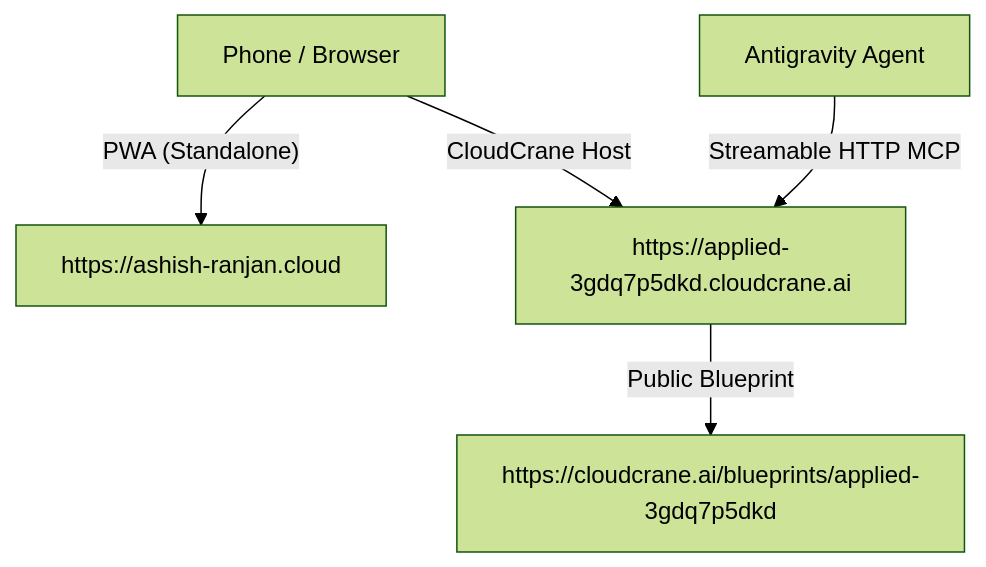
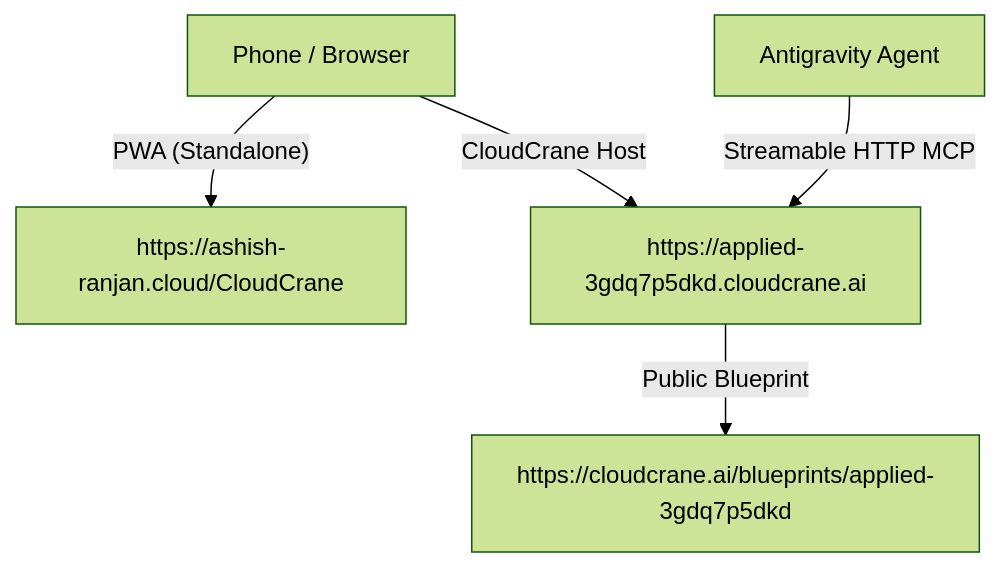
The diagram in README.md (ashish-ranjan-jobs/cloudcrane-app), drawn with Mermaid (forest theme) before and after one commit. The commit also changed other lines of this file and 1 other file, not shown here.

Commit message:
docs & tests: update live endpoint to /CloudCrane subpath

````diff
--- a/README.md
+++ b/README.md
@@ -38,7 +38,7 @@
 ```mermaid
 flowchart TD
-    User["Phone / Browser"] -->|"PWA (Standalone)"| Cloud["https://ashish-ranjan.cloud"]
+    User["Phone / Browser"] -->|"PWA (Standalone)"| Cloud["https://ashish-ranjan.cloud/CloudCrane"]
     User -->|"CloudCrane Host"| CC["https://applied-3gdq7p5dkd.cloudcrane.ai"]
     CC -->|"Public Blueprint"| BP["https://cloudcrane.ai/blueprints/applied-3gdq7p5dkd"]
     Agent["Antigravity Agent"] -->|"Streamable HTTP MCP"| CC
 ```
````
